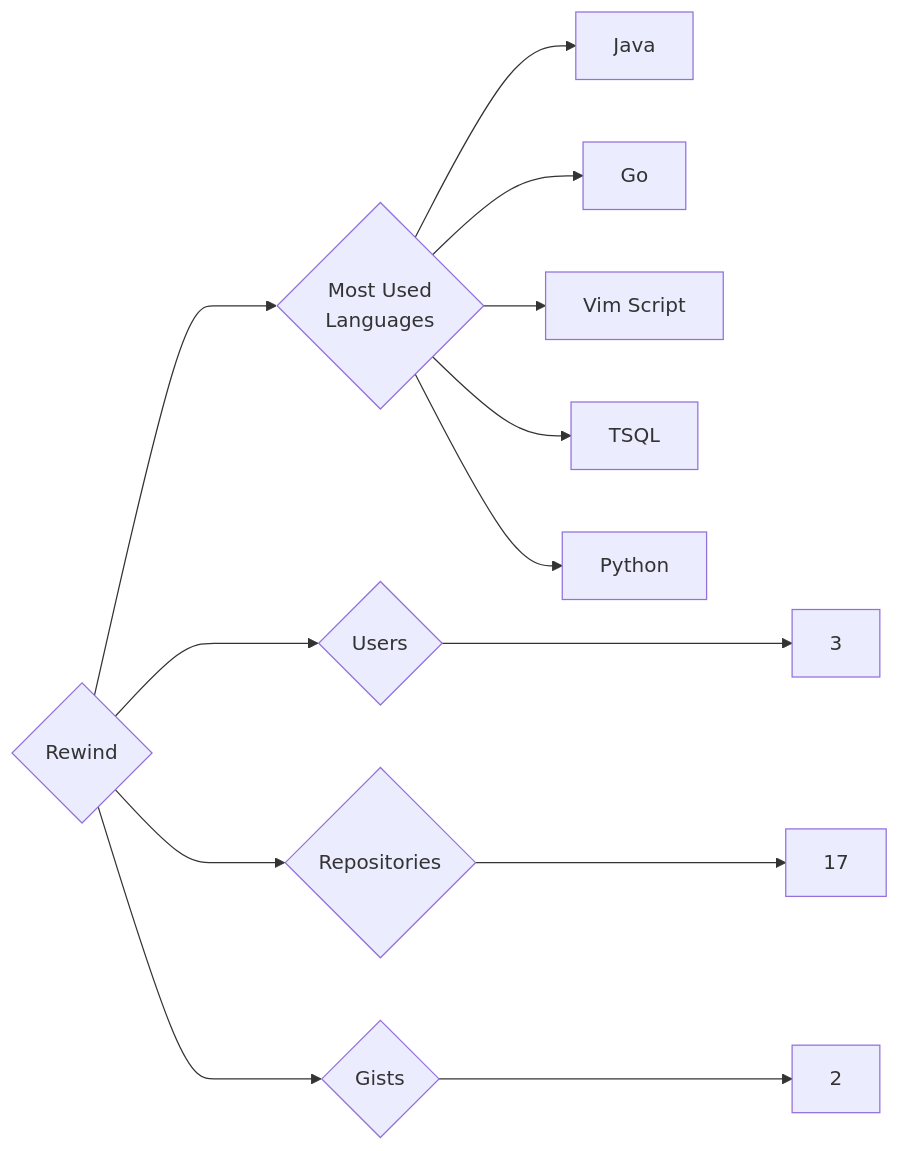
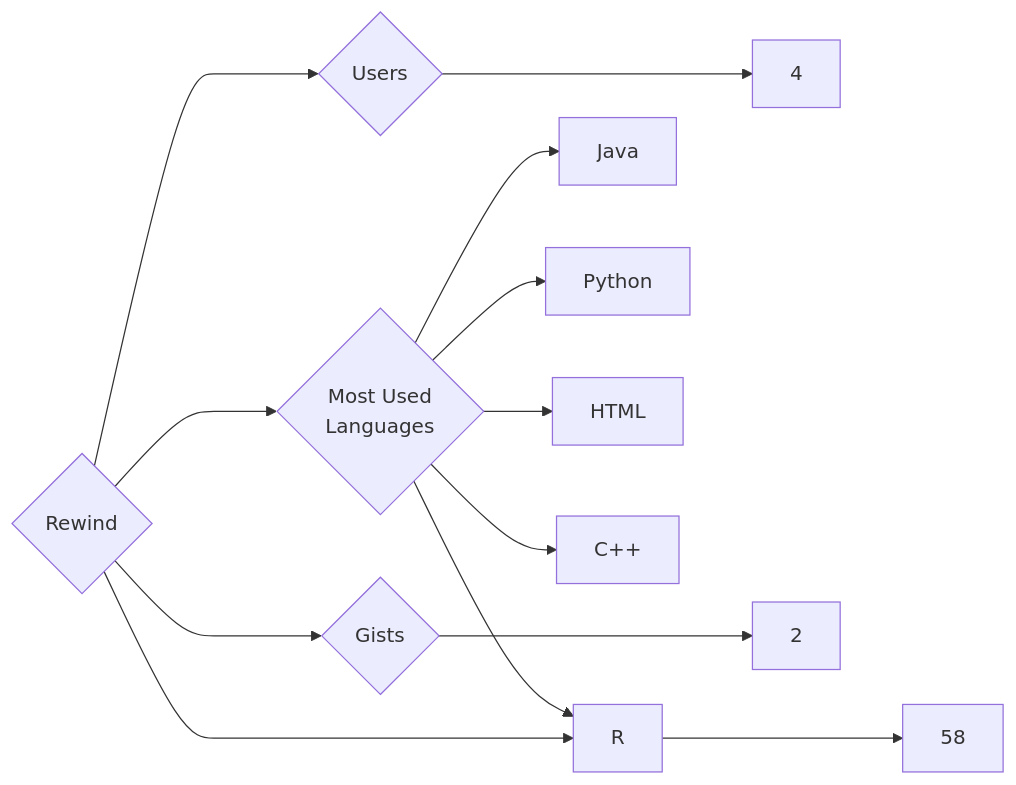
One commit to trickest/insiders changed the diagram in targets/Rewind/README.md. Above: the diagram before and after it, drawn with Mermaid. The commit also changed 797 other files, not shown here.

````diff
--- a/targets/Rewind/README.md
+++ b/targets/Rewind/README.md
@@ -3,13 +3,13 @@
 ```mermaid
 graph LR
 COMPANY_NAME{Rewind}
-COMPANY_NAME ---> U{Users} ---> UN[3]
-COMPANY_NAME ---> R{Repositories} ---> RN[17]
+COMPANY_NAME ---> U{Users} ---> UN[4]
+COMPANY_NAME ---> R{Repositories} ---> RN[58]
 COMPANY_NAME ---> G{Gists} ---> GN[2]
 COMPANY_NAME ---> ML{Most Used<br>Languages}
 ML --> Java[Java]
-ML --> Go[Go]
-ML --> Vim_Script[Vim Script]
-ML --> TSQL[TSQL]
 ML --> Python[Python]
+ML --> HTML[HTML]
+ML --> C++[C++]
+ML --> R[R]
 ```
````
